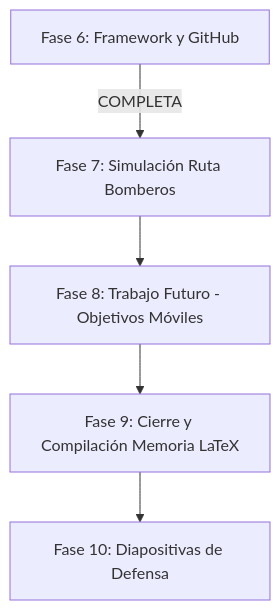
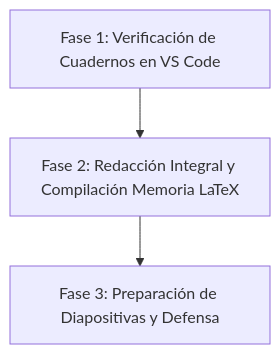
One commit to jcestefania/TFM changed the diagram in PLAN_FINAL_TFM.md. Above: the diagram before and after it, drawn with Mermaid. The commit also changed other lines of this file and 1900 other files, not shown here.

Commit message:
Plan Definitivo: Roadmap de Memoria y Defensa, .gitignore optimizado y datasets oficiales incluidos

````diff
--- a/PLAN_FINAL_TFM.md
+++ b/PLAN_FINAL_TFM.md
@@ -31,7 +29,5 @@
 ```mermaid
 graph TD
-    A["Fase 6: Framework y GitHub"] -->|COMPLETA| B["Fase 7: Simulación Ruta Bomberos"]
-    B --> C["Fase 8: Trabajo Futuro - Objetivos Móviles"]
-    C --> D["Fase 9: Cierre y Compilación Memoria LaTeX"]
-    D --> E["Fase 10: Diapositivas de Defensa"]
+    A["Fase 1: Verificación de Cuadernos en VS Code"] --> B["Fase 2: Redacción Integral y Compilación Memoria LaTeX"]
+    B --> C["Fase 3: Preparación de Diapositivas y Defensa"]
 ```
````
